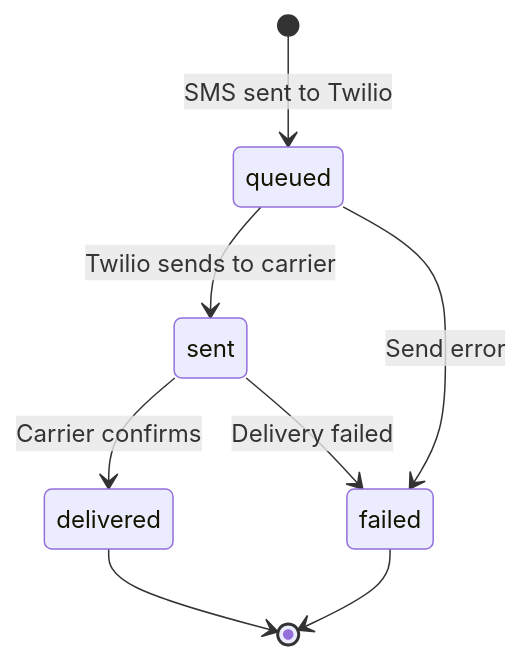
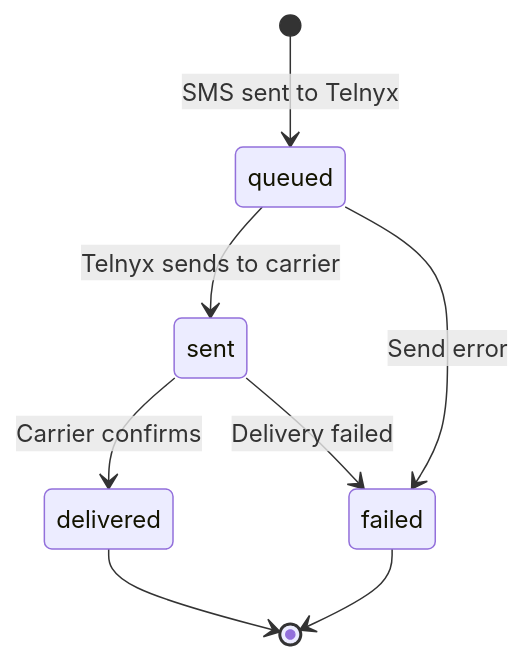
The fifth of 11 diagrams in docs/STATE_MACHINES.md (DustinYates/cheatah), drawn with Mermaid before and after one commit. The commit also changed other lines of this file and 65 other files, not shown here.

First line of the commit message:
refactor: remove Twilio provider, consolidate on Telnyx-only telephony

````diff
--- a/docs/STATE_MACHINES.md
+++ b/docs/STATE_MACHINES.md
@@ -121,13 +121,13 @@
 ```mermaid
 stateDiagram-v2
-    [*] --> queued: SMS sent to Twilio
+    [*] --> queued: SMS sent to Telnyx
 
-    queued --> sent: Twilio sends to carrier
+    queued --> sent: Telnyx sends to carrier
     queued --> failed: Send error
 
     sent --> delivered: Carrier confirms
     sent --> failed: Delivery failed
 
     delivered --> [*]
     failed --> [*]
 ```
````
